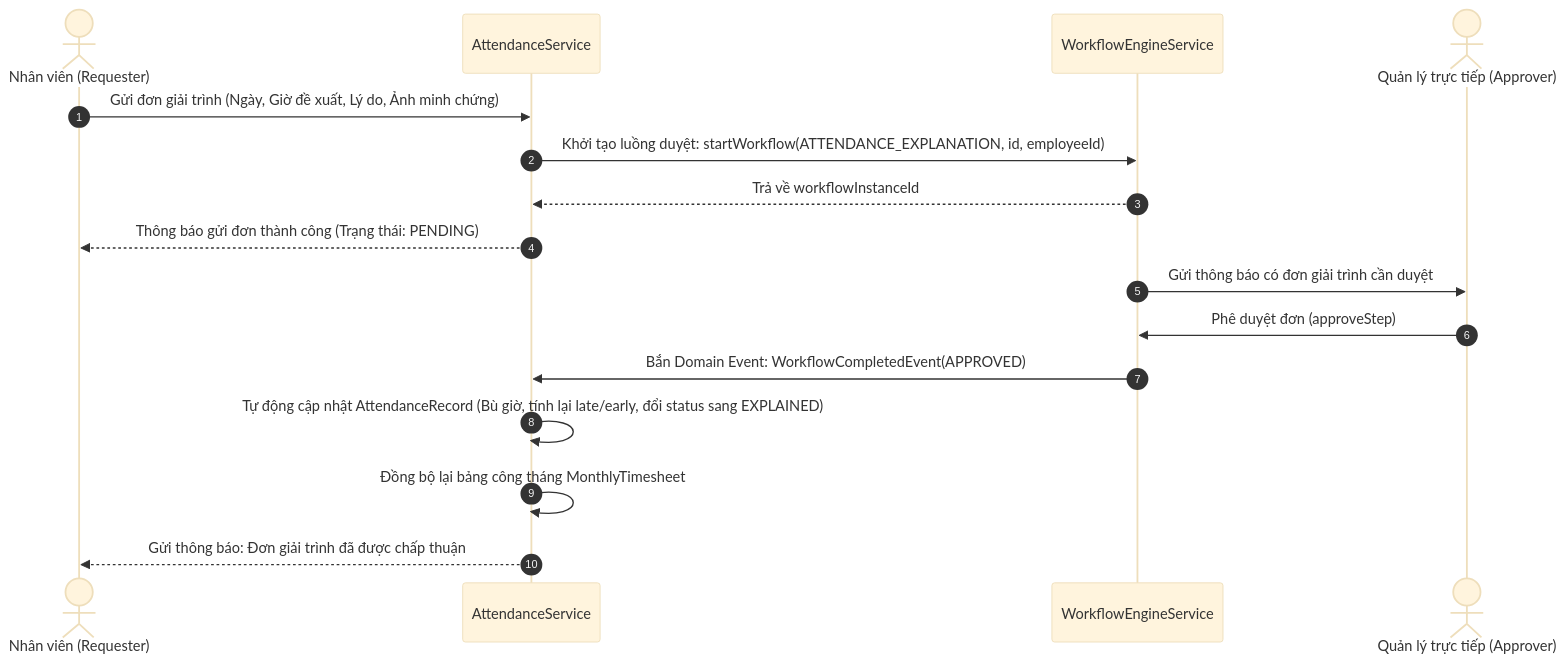
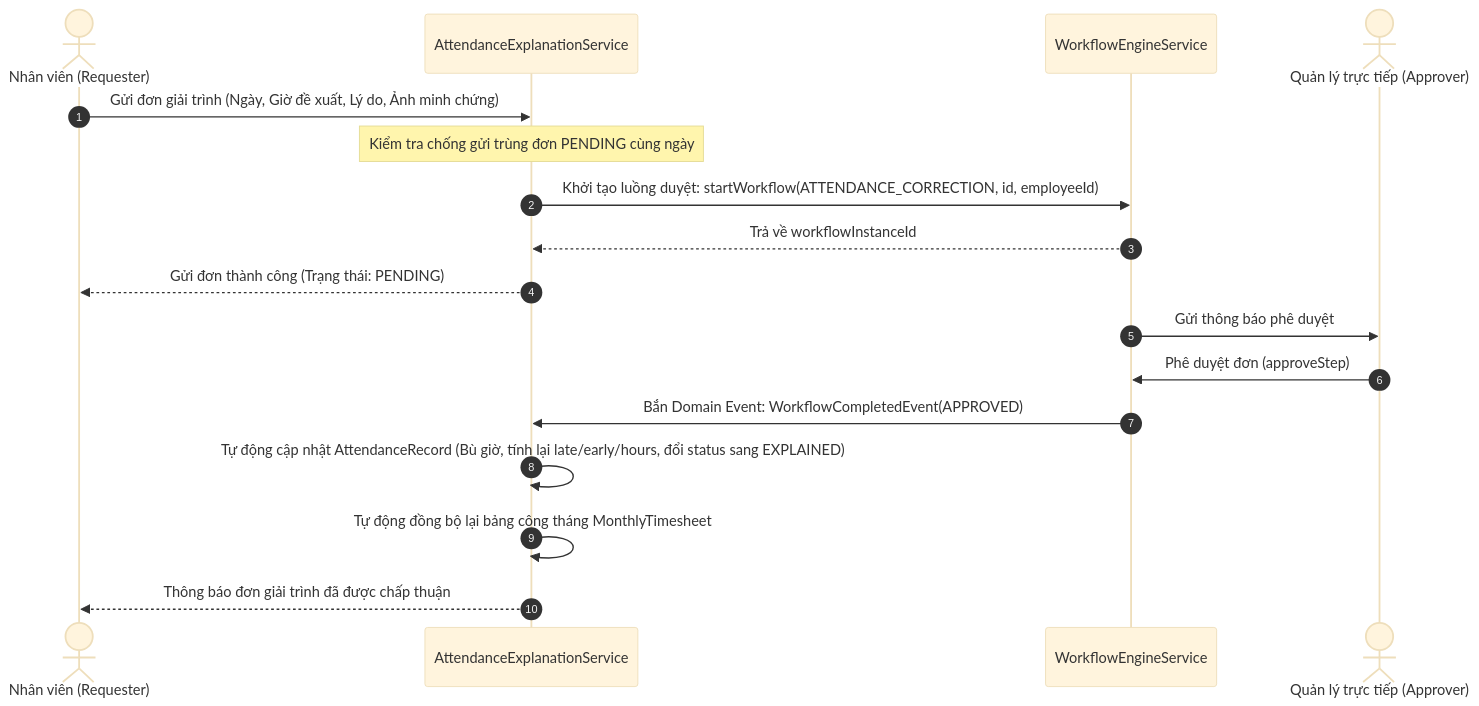
The third of 3 diagrams in docs/ba/quan-ly-cham-cong-attendance.md (henruysun2511/cyclosa_backend), drawn with Mermaid (base theme) before and after one commit. The commit also changed other lines of this file and 131 other files, not shown here.

````diff
--- a/docs/ba/quan-ly-cham-cong-attendance.md
+++ b/docs/ba/quan-ly-cham-cong-attendance.md
@@ -286,20 +320,21 @@
 ```mermaid
 sequenceDiagram
     autonumber
     actor NV as Nhân viên (Requester)
-    participant Att as AttendanceService
+    participant Att as AttendanceExplanationService
     participant WF as WorkflowEngineService
     actor QL as Quản lý trực tiếp (Approver)
 
     NV->>Att: Gửi đơn giải trình (Ngày, Giờ đề xuất, Lý do, Ảnh minh chứng)
-    Att->>WF: Khởi tạo luồng duyệt: startWorkflow(ATTENDANCE_EXPLANATION, id, employeeId)
+    Note over Att: Kiểm tra chống gửi trùng đơn PENDING cùng ngày
+    Att->>WF: Khởi tạo luồng duyệt: startWorkflow(ATTENDANCE_CORRECTION, id, employeeId)
     WF-->>Att: Trả về workflowInstanceId
-    Att-->>NV: Thông báo gửi đơn thành công (Trạng thái: PENDING)
+    Att-->>NV: Gửi đơn thành công (Trạng thái: PENDING)
 
-    WF->>QL: Gửi thông báo có đơn giải trình cần duyệt
+    WF->>QL: Gửi thông báo phê duyệt
     QL->>WF: Phê duyệt đơn (approveStep)
     WF->>Att: Bắn Domain Event: WorkflowCompletedEvent(APPROVED)
-    Att->>Att: Tự động cập nhật AttendanceRecord (Bù giờ, tính lại late/early, đổi status sang EXPLAINED)
-    Att->>Att: Đồng bộ lại bảng công tháng MonthlyTimesheet
-    Att-->>NV: Gửi thông báo: Đơn giải trình đã được chấp thuận
+    Att->>Att: Tự động cập nhật AttendanceRecord (Bù giờ, tính lại late/early/hours, đổi status sang EXPLAINED)
+    Att->>Att: Tự động đồng bộ lại bảng công tháng MonthlyTimesheet
+    Att-->>NV: Thông báo đơn giải trình đã được chấp thuận
 ```
````
